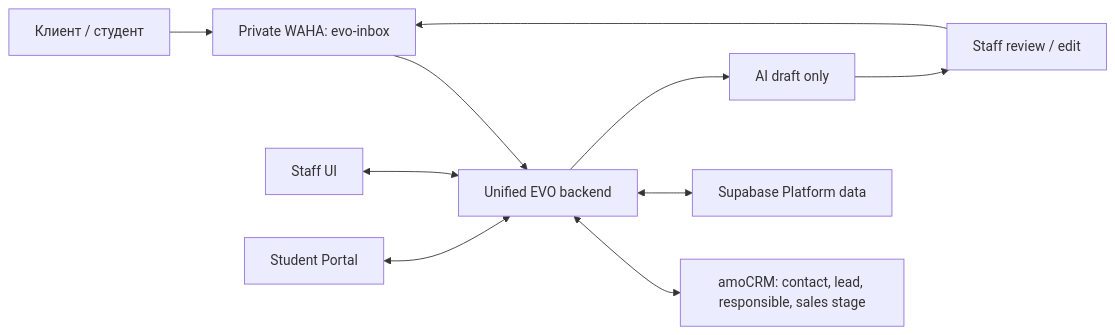
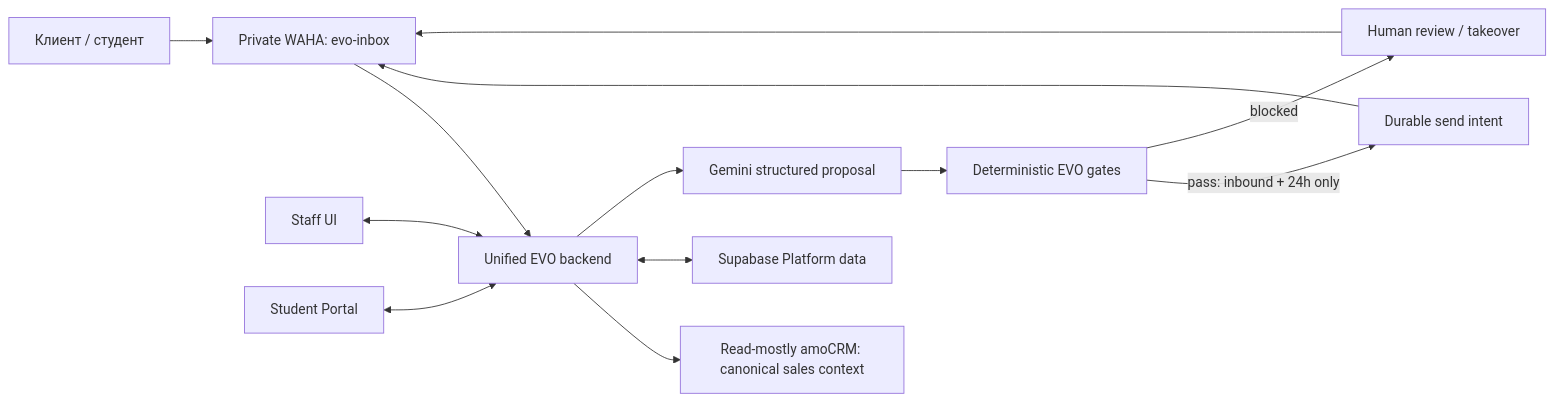
The diagram in docs/platform/system-overview.md (izzhackt/evo_AI_CRM), drawn with Mermaid before and after one commit. The commit also changed other lines of this file and 15 other files, not shown here.

Commit message:
docs(platform): authorize guarded autonomous inbound replies

````diff
--- a/docs/platform/system-overview.md
+++ b/docs/platform/system-overview.md
@@ -66,12 +75,15 @@
 ```mermaid
 flowchart LR
   Customer["Клиент / студент"] --> Waha["Private WAHA: evo-inbox"]
   Waha --> Platform["Unified EVO backend"]
-  Platform <--> Amo["amoCRM: contact, lead, responsible, sales stage"]
+  Platform --> Amo["Read-mostly amoCRM: canonical sales context"]
   Platform <--> Data["Supabase Platform data"]
   Staff["Staff UI"] <--> Platform
   Portal["Student Portal"] <--> Platform
-  Platform --> Draft["AI draft only"]
-  Draft --> Review["Staff review / edit"]
+  Platform --> Proposal["Gemini structured proposal"]
+  Proposal --> Gate["Deterministic EVO gates"]
+  Gate -->|"pass: inbound + 24h only"| Queue["Durable send intent"]
+  Gate -->|"blocked"| Review["Human review / takeover"]
+  Queue --> Waha
   Review --> Waha
 ```
````
